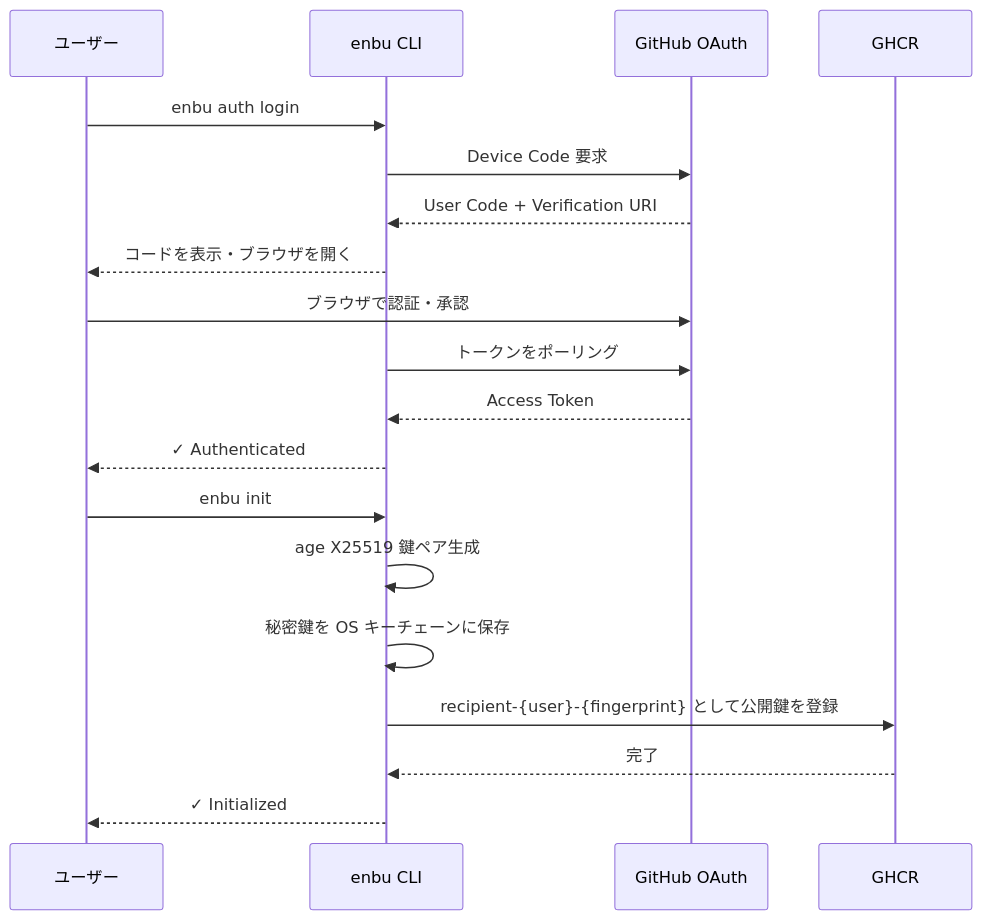
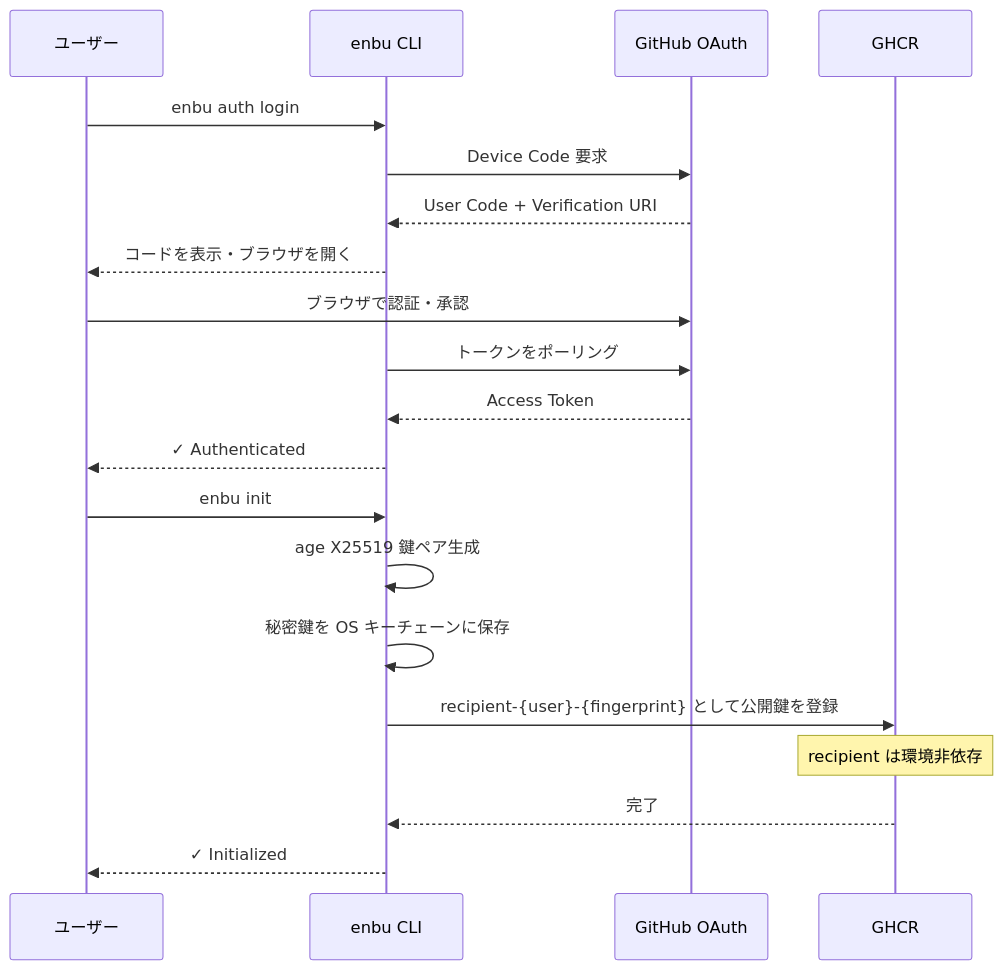
Before and after one commit to yashikota/enbu: the first of 3 diagrams in README.ja.md, drawn with Mermaid. The commit also changed other lines of this file and 20 other files, not shown here.

````diff
--- a/README.ja.md
+++ b/README.ja.md
@@ -125,23 +160,24 @@
 ```mermaid
 sequenceDiagram
     participant User as ユーザー
     participant CLI as enbu CLI
     participant GitHub as GitHub OAuth
     participant GHCR as GHCR
 
     User->>CLI: enbu auth login
     CLI->>GitHub: Device Code 要求
     GitHub-->>CLI: User Code + Verification URI
     CLI-->>User: コードを表示・ブラウザを開く
     User->>GitHub: ブラウザで認証・承認
     CLI->>GitHub: トークンをポーリング
     GitHub-->>CLI: Access Token
     CLI-->>User: ✓ Authenticated
 
     User->>CLI: enbu init
     CLI->>CLI: age X25519 鍵ペア生成
     CLI->>CLI: 秘密鍵を OS キーチェーンに保存
     CLI->>GHCR: recipient-{user}-{fingerprint} として公開鍵を登録
+    Note over GHCR: recipient は環境非依存
     GHCR-->>CLI: 完了
     CLI-->>User: ✓ Initialized
 ```
````
